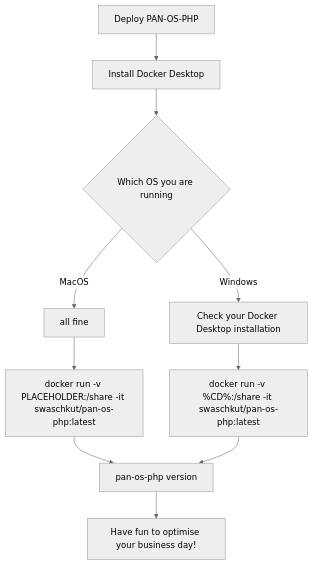
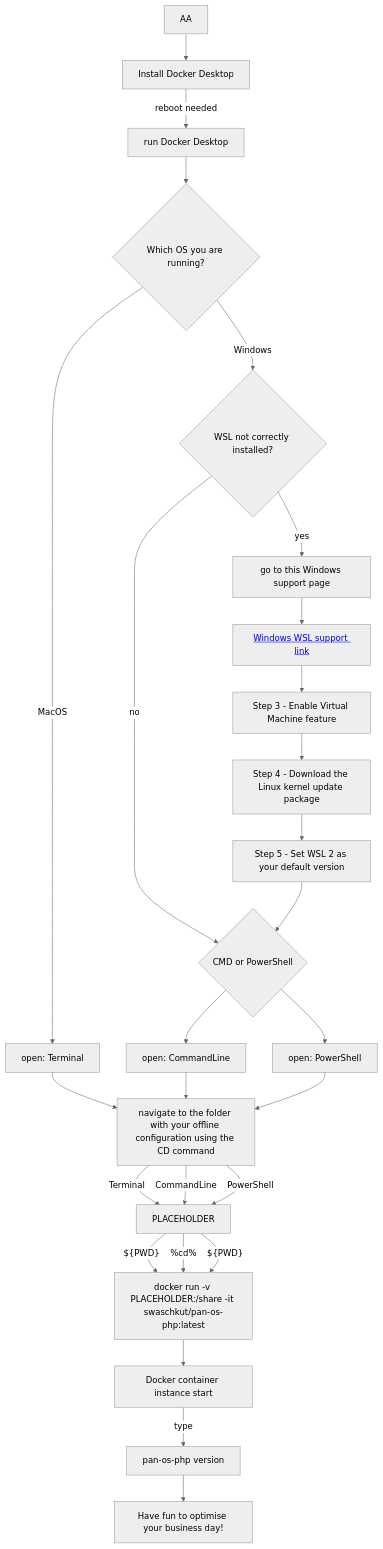
The diagram in READMEdocker.md (PaloAltoNetworks/pan-os-php), drawn with Mermaid (neutral theme) before and after one commit. The commit also changed other lines of this file and 1 other file, not shown here.

Commit message:
update READMEdocker

````diff
--- a/READMEdocker.md
+++ b/READMEdocker.md
@@ -4,12 +4,58 @@
 ```mermaid
 graph TD
-    A[Deploy PAN-OS-PHP] --> B
-    B[Install Docker Desktop] --> C{Which OS you are running}
-    C -->|MacOS| E1[all fine]
-    C -->|Windows| E2[Check your Docker Desktop installation]
-    E1 --> F1[docker run -v PLACEHOLDER:/share -it swaschkut/pan-os-php:latest]
-    E2 --> F2[docker run -v %CD%:/share -it swaschkut/pan-os-php:latest]
-    F1 --> G[pan-os-php version]
-    F2 --> G[pan-os-php version]
-    G --> H[Have fun to optimise your business day!]
+    
+    AA --> BB[Install Docker Desktop]
+    BB -->|reboot needed| CC[run Docker Desktop]
+    CC --> CC1[which OS]
+    
+    CC1{Which OS you are running?} -->|MacOS| B1[open: Terminal]
+    CC1{Which OS you are running?} -->|Windows| C1[check Docker]
+    
+    
+    B1 --> Z[navigate to the folder with your offline configuration using the CD command]
+    
+    Z -->|Terminal| Z1[PLACEHOLDER]
+    Z1 -->|"${PWD}"| K1[docker run -v PLACEHOLDER:/share -it swaschkut/pan-os-php:latest]
+    
+    
+   
+    
+    
+ 
+    
+    C1{WSL not correctly installed?} -->|no| C8[continue]
+    C1{WSL not correctly installed?} -->|yes| C3[go to this Windows support page]
+    
+   
+    
+    C3 --> C4[<a href='https://docs.microsoft.com/en-gb/windows/wsl/install-manual'>Windows WSL support link</a>]
+    
+    C4 --> C5[Step 3 - Enable Virtual Machine feature]
+    C5 --> C6[Step 4 - Download the Linux kernel update package]
+    C6 --> C7[Step 5 - Set WSL 2 as your default version]
+    
+    
+    C7 --> C8[continue]
+    
+    C8{CMD or PowerShell} --> E2[open: CommandLine]
+    C8{CMD or PowerShell} --> F2[open: PowerShell]
+    
+    
+    E2 --> Z[navigate to the folder with your offline configuration using the CD command]
+    Z -->|CommandLine| Z1[PLACEHOLDER]
+    F2 --> Z[navigate to the folder with your offline configuration using the CD command]
+    Z -->|PowerShell| Z1[PLACEHOLDER]
+    
+    Z1 -->|"%cd%"| K1[docker run -v PLACEHOLDER:/share -it swaschkut/pan-os-php:latest]
+    Z1 -->|"${PWD}"| K1[docker run -v PLACEHOLDER:/share -it swaschkut/pan-os-php:latest]
+    
+    
+    
+ 
+    
+    K1 --> K3[Docker container instance start]
+    K3 -->|type| L[pan-os-php version]
+
+    
+    L --> M[Have fun to optimise your business day!]
 ```
````
